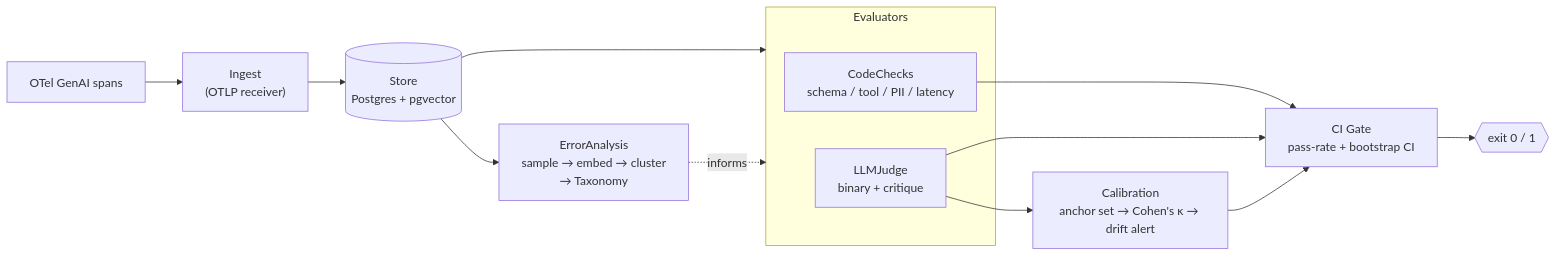
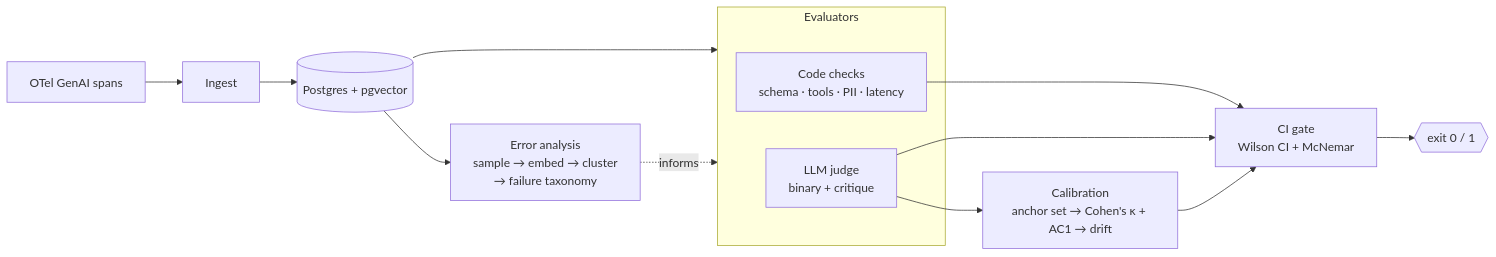
Before and after one commit to puneethkotha/evalgate: the diagram in README.md, drawn with Mermaid. The commit also changed other lines of this file and 1 other file, not shown here.

````diff
--- a/README.md
+++ b/README.md
@@ -38,22 +47,22 @@
 ```mermaid
 flowchart LR
-    OTEL["OTel GenAI spans"] --> ING["Ingest<br/>(OTLP receiver)"]
-    ING --> STORE[("Store<br/>Postgres + pgvector")]
+    OTEL["OTel GenAI spans"] --> ING["Ingest"]
+    ING --> STORE[("Postgres + pgvector")]
 
-    STORE --> EA["ErrorAnalysis<br/>sample &rarr; embed &rarr; cluster<br/>&rarr; Taxonomy"]
+    STORE --> EA["Error analysis<br/>sample → embed → cluster<br/>→ failure taxonomy"]
     STORE --> EVAL
 
     subgraph EVAL["Evaluators"]
-        CC["CodeChecks<br/>schema / tool / PII / latency"]
-        JUDGE["LLMJudge<br/>binary + critique"]
+        CC["Code checks<br/>schema · tools · PII · latency"]
+        JUDGE["LLM judge<br/>binary + critique"]
     end
 
     EA -.informs.-> EVAL
 
-    JUDGE --> CAL["Calibration<br/>anchor set &rarr; Cohen's &kappa; &rarr; drift alert"]
+    JUDGE --> CAL["Calibration<br/>anchor set → Cohen's κ + AC1 → drift"]
     CC --> GATE
     JUDGE --> GATE
     CAL --> GATE
 
-    GATE["CI Gate<br/>pass-rate + bootstrap CI"] --> VERDICT{{"exit 0 / 1"}}
+    GATE["CI gate<br/>Wilson CI + McNemar"] --> VERDICT{{"exit 0 / 1"}}
 ```
````
